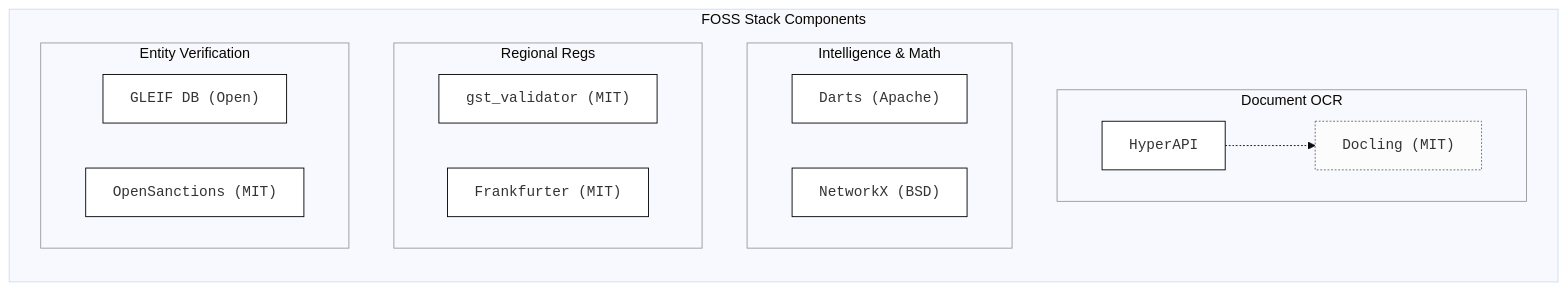
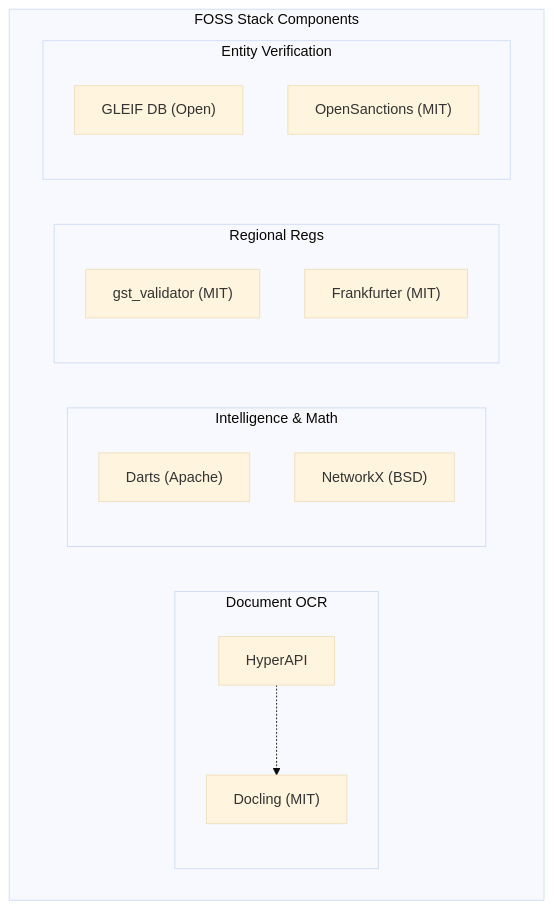
One commit to guglxni/VyapaarClaw changed the diagram in docs/diagrams/foss_matrix.mmd. Above: the diagram before and after it, drawn with Mermaid (base theme). The commit also changed 14 other files, not shown here.

Commit message:
docs: switch back to static PNG diagrams for better landscape formatting without interactive clipping

```diff
--- a/docs/diagrams/foss_matrix.mmd
+++ b/docs/diagrams/foss_matrix.mmd
@@ -1,30 +1,23 @@
-graph TD
-    %% Scientific Component Stack
-    classDef p_node fill:#fff,stroke:#000,stroke-width:1px,font-family:monospace;
-    classDef s_node fill:#fcfcfc,stroke:#666,stroke-width:1px,stroke-dasharray: 2 2,font-family:monospace;
-    classDef stack fill:none,stroke:#999,stroke-width:1px;
-
+graph LR
     subgraph FOSS ["FOSS Stack Components"]
-        direction TB
+        direction LR
         
         subgraph L1 ["Document OCR"]
-            HA["HyperAPI"]:::p_node -.-> DOC["Docling (MIT)"]:::s_node
+            HA["HyperAPI"] -.-> DOC["Docling (MIT)"]
         end
         
         subgraph L2 ["Intelligence & Math"]
-            DART["Darts (Apache)"]:::p_node
-            NX["NetworkX (BSD)"]:::p_node
+            DART["Darts (Apache)"]
+            NX["NetworkX (BSD)"]
         end
         
         subgraph L3 ["Regional Regs"]
-            GST["gst_validator (MIT)"]:::p_node
-            FX["Frankfurter (MIT)"]:::p_node
+            GST["gst_validator (MIT)"]
+            FX["Frankfurter (MIT)"]
         end
         
         subgraph L4 ["Entity Verification"]
-            GL["GLEIF DB (Open)"]:::p_node
-            OS["OpenSanctions (MIT)"]:::p_node
+            GL["GLEIF DB (Open)"]
+            OS["OpenSanctions (MIT)"]
         end
     end
-
-    class L1,L2,L3,L4 stack
```
